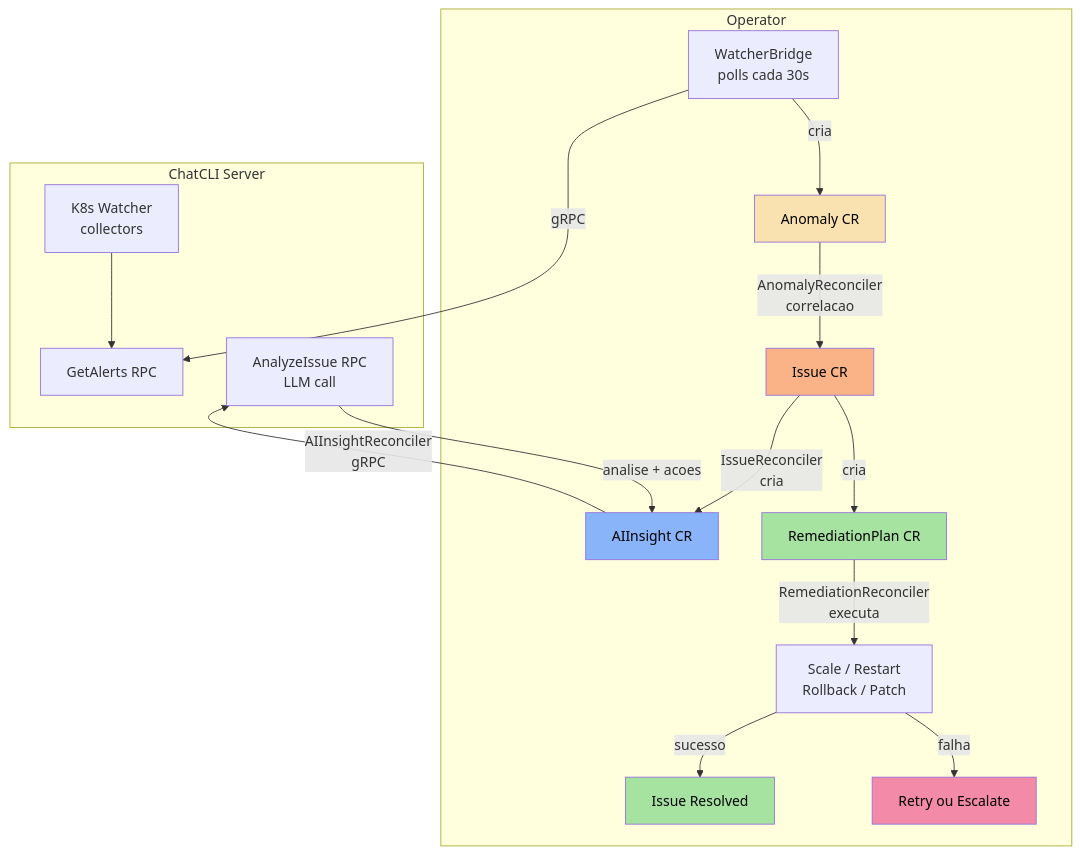
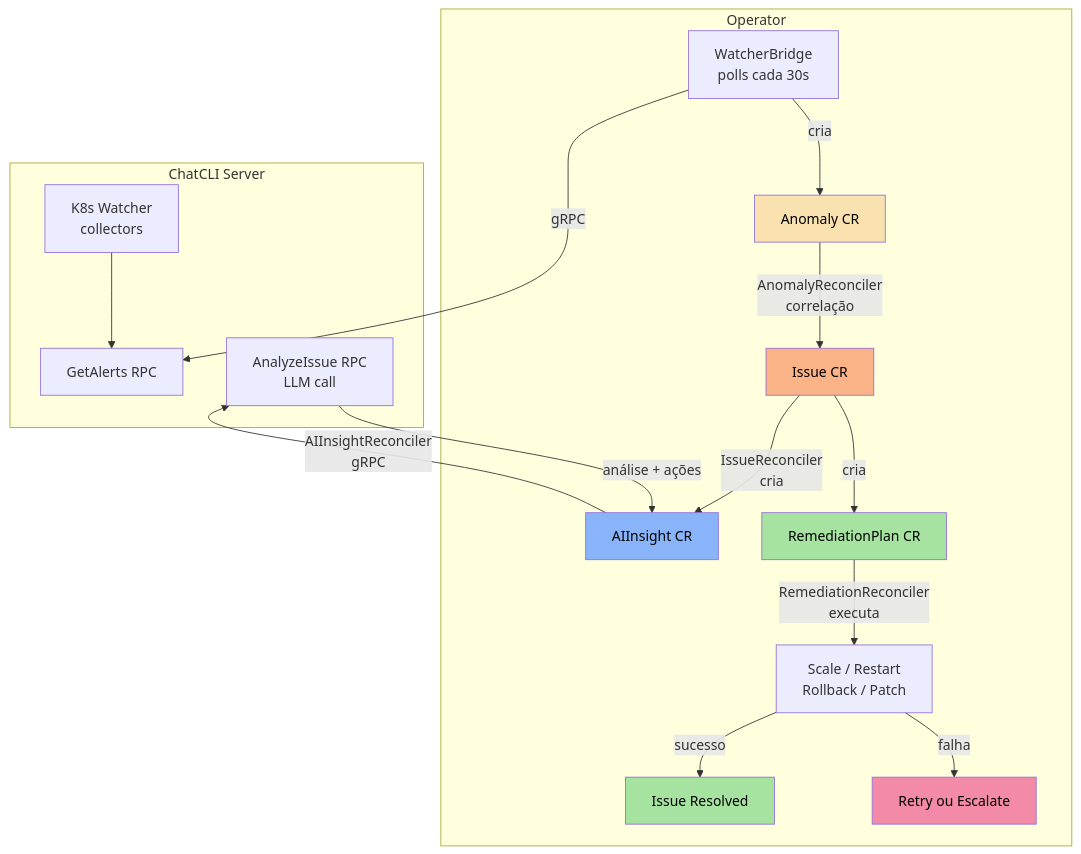
Before and after one commit to diillson/chatcli: the first of 2 diagrams in ghpages/content/docs/features/k8s-operator.md, drawn with Mermaid. The commit also changed other lines of this file and 25 other files, not shown here.

````diff
--- a/ghpages/content/docs/features/k8s-operator.md
+++ b/ghpages/content/docs/features/k8s-operator.md
@@ -53,27 +53,27 @@
 ```mermaid
 graph TD
     subgraph "ChatCLI Server"
         W[K8s Watcher<br/>collectors] --> GA[GetAlerts RPC]
         AI_RPC[AnalyzeIssue RPC<br/>LLM call]
     end
 
     subgraph "Operator"
         WB[WatcherBridge<br/>polls cada 30s] -->|gRPC| GA
         WB -->|cria| ANOM[Anomaly CR]
-        ANOM -->|AnomalyReconciler<br/>correlacao| ISS[Issue CR]
+        ANOM -->|AnomalyReconciler<br/>correlação| ISS[Issue CR]
         ISS -->|IssueReconciler<br/>cria| INSIGHT[AIInsight CR]
         INSIGHT -->|AIInsightReconciler<br/>gRPC| AI_RPC
-        AI_RPC -->|analise + acoes| INSIGHT
+        AI_RPC -->|análise + ações| INSIGHT
         ISS -->|cria| PLAN[RemediationPlan CR]
         PLAN -->|RemediationReconciler<br/>executa| ACTIONS[Scale / Restart<br/>Rollback / Patch]
         ACTIONS -->|sucesso| RESOLVED[Issue Resolved]
         ACTIONS -->|falha| RETRY[Retry ou Escalate]
     end
 
     style ANOM fill:#f9e2af,color:#000
     style ISS fill:#fab387,color:#000
     style INSIGHT fill:#89b4fa,color:#000
     style PLAN fill:#a6e3a1,color:#000
     style RESOLVED fill:#a6e3a1,color:#000
     style RETRY fill:#f38ba8,color:#000
 ```
````
